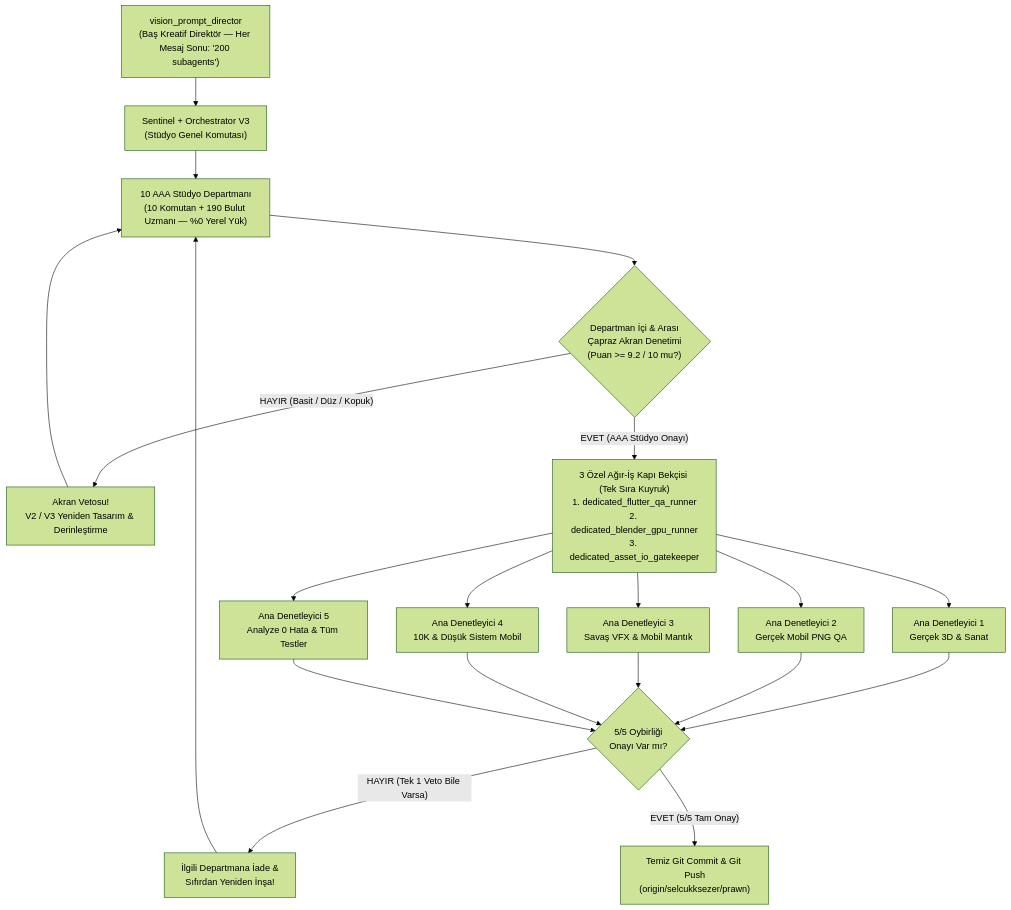
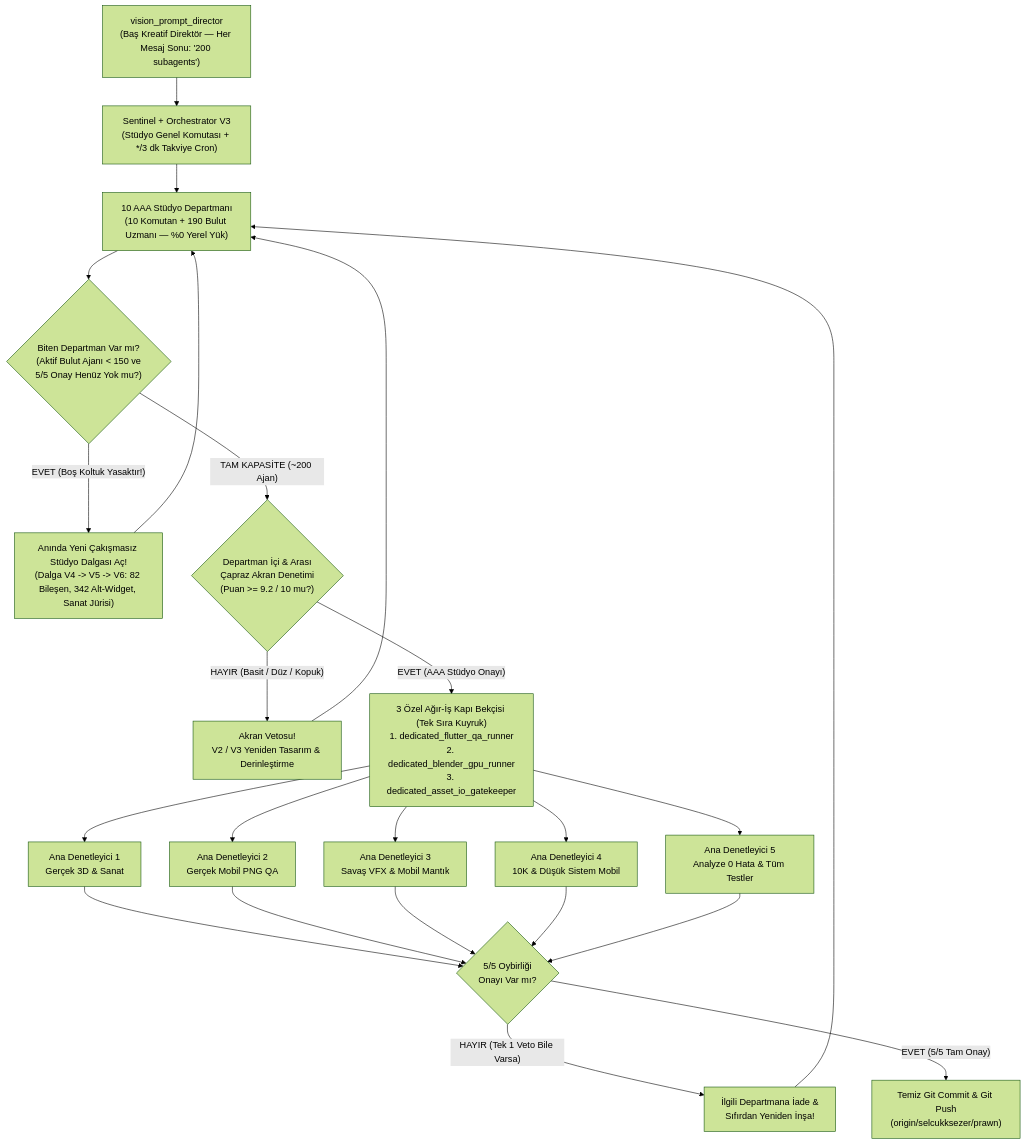
One commit to selcukksezer/gkk_flutter changed the diagram in PROMPT_ORDUSU.md. Above: the diagram before and after it, drawn with Mermaid (forest theme). The commit also changed other lines of this file, not shown here.

````diff
--- a/PROMPT_ORDUSU.md
+++ b/PROMPT_ORDUSU.md
@@ -344,18 +363,21 @@
 ```mermaid
 flowchart TD
-    VPD["vision_prompt_director\n(Baş Kreatif Direktör — Her Mesaj Sonu: '200 subagents')"] --> CMD["Sentinel + Orchestrator V3\n(Stüdyo Genel Komutası)"]
+    VPD["vision_prompt_director\n(Baş Kreatif Direktör — Her Mesaj Sonu: '200 subagents')"] --> CMD["Sentinel + Orchestrator V3\n(Stüdyo Genel Komutası + */3 dk Takviye Cron)"]
     CMD --> DEPTS["10 AAA Stüdyo Departmanı\n(10 Komutan + 190 Bulut Uzmanı — %0 Yerel Yük)"]
-    DEPTS --> PEER{"Departman İçi & Arası\nÇapraz Akran Denetimi\n(Puan >= 9.2 / 10 mu?)"}
+    DEPTS --> REPL{"Biten Departman Var mı?\n(Aktif Bulut Ajanı < 150 ve\n5/5 Onay Henüz Yok mu?)"}
+    REPL -- "EVET (Boş Koltuk Yasaktır!)" --> NEXTWAVE["Anında Yeni Çakışmasız Stüdyo Dalgası Aç!\n(Dalga V4 -> V5 -> V6: 82 Bileşen, 342 Alt-Widget, Sanat Jürisi)"]
+    NEXTWAVE --> DEPTS
+    REPL -- "TAM KAPASİTE (~200 Ajan)" --> PEER{"Departman İçi & Arası\nÇapraz Akran Denetimi\n(Puan >= 9.2 / 10 mu?)"}
     PEER -- "HAYIR (Basit / Düz / Kopuk)" --> V2V3["Akran Vetosu!\nV2 / V3 Yeniden Tasarım & Derinleştirme"]
     V2V3 --> DEPTS
     PEER -- "EVET (AAA Stüdyo Onayı)" --> GATE["3 Özel Ağır-İş Kapı Bekçisi (Tek Sıra Kuyruk)\n1. dedicated_flutter_qa_runner\n2. dedicated_blender_gpu_runner\n3. dedicated_asset_io_gatekeeper"]
     GATE --> A1["Ana Denetleyici 1\nGerçek 3D & Sanat"]
     GATE --> A2["Ana Denetleyici 2\nGerçek Mobil PNG QA"]
     GATE --> A3["Ana Denetleyici 3\nSavaş VFX & Mobil Mantık"]
     GATE --> A4["Ana Denetleyici 4\n10K & Düşük Sistem Mobil"]
     GATE --> A5["Ana Denetleyici 5\nAnalyze 0 Hata & Tüm Testler"]
     A1 & A2 & A3 & A4 & A5 --> COUNCIL{"5/5 Oybirliği\nOnayı Var mı?"}
     COUNCIL -- "HAYIR (Tek 1 Veto Bile Varsa)" --> REBUILD["İlgili Departmana İade &\nSıfırdan Yeniden İnşa!"]
     REBUILD --> DEPTS
     COUNCIL -- "EVET (5/5 Tam Onay)" --> GIT["Temiz Git Commit & Git Push\n(origin/selcukksezer/prawn)"]
 ```
````
